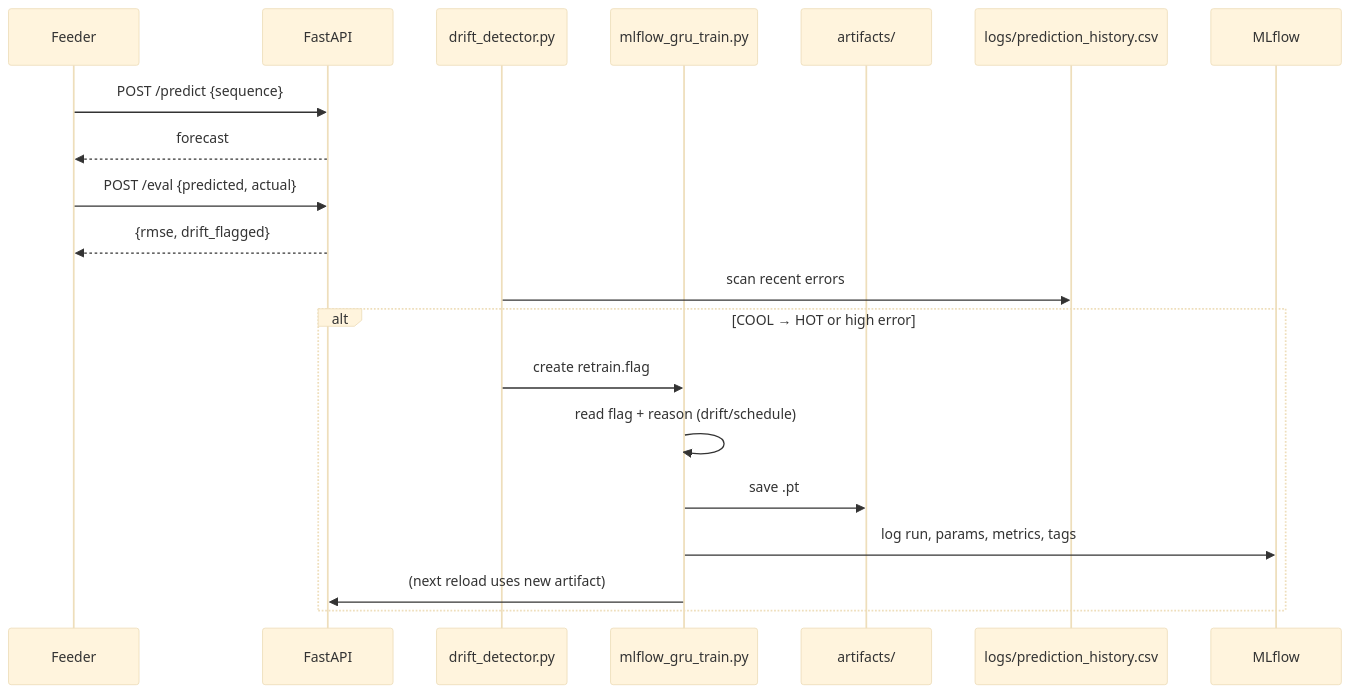
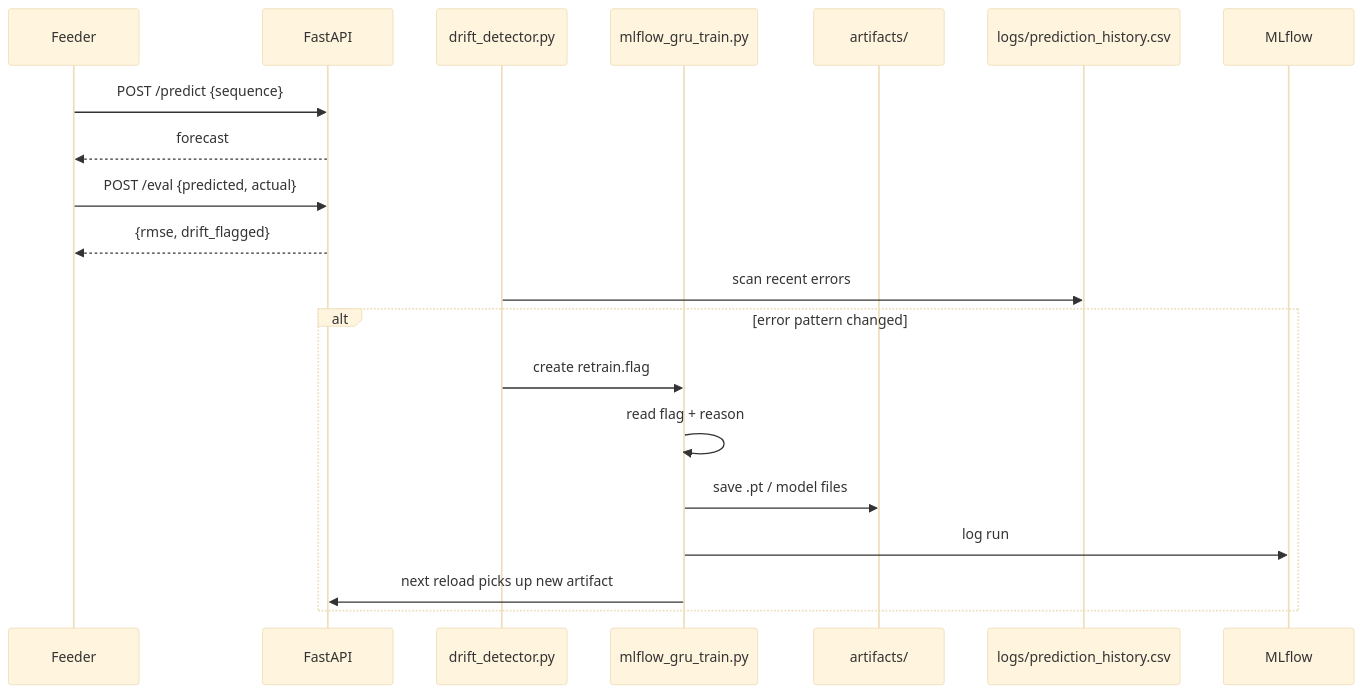
One commit to mdgolammafuz/AeroCast changed the second of 2 diagrams in README.md. Above: the diagram before and after it, drawn with Mermaid (base theme). The commit also changed other lines of this file and 2 other files, not shown here.

````diff
--- a/README.md
+++ b/README.md
@@ -103,21 +214,21 @@
 ```mermaid
 sequenceDiagram
     participant Feeder
     participant API as FastAPI
     participant Drift as drift_detector.py
     participant Trainer as mlflow_gru_train.py
     participant Store as artifacts/
 
     Feeder->>API: POST /predict {sequence}
     API-->>Feeder: forecast
     Feeder->>API: POST /eval {predicted, actual}
     API-->>Feeder: {rmse, drift_flagged}
     Drift->>logs/prediction_history.csv: scan recent errors
-    alt COOL → HOT or high error
+    alt error pattern changed
         Drift->>Trainer: create retrain.flag
-        Trainer->>Trainer: read flag + reason (drift/schedule)
-        Trainer->>Store: save .pt
-        Trainer->>MLflow: log run, params, metrics, tags
-        Trainer->>API: (next reload uses new artifact)
+        Trainer->>Trainer: read flag + reason
+        Trainer->>Store: save .pt / model files
+        Trainer->>MLflow: log run
+        Trainer->>API: next reload picks up new artifact
     end
 ```
````
